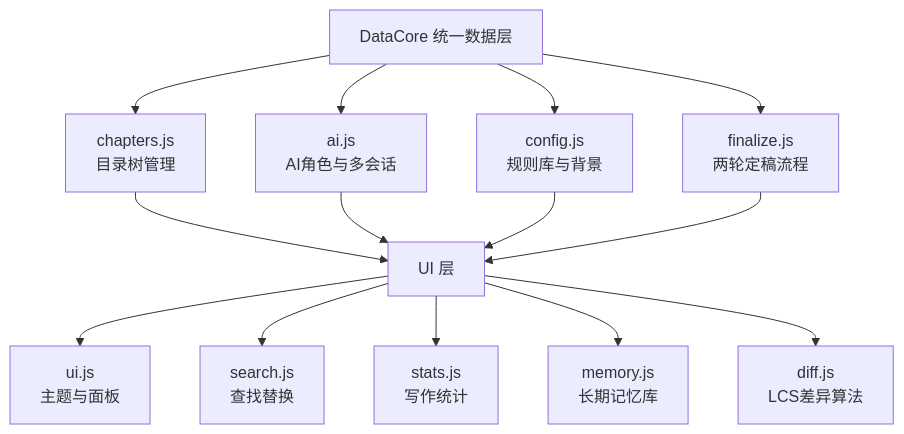
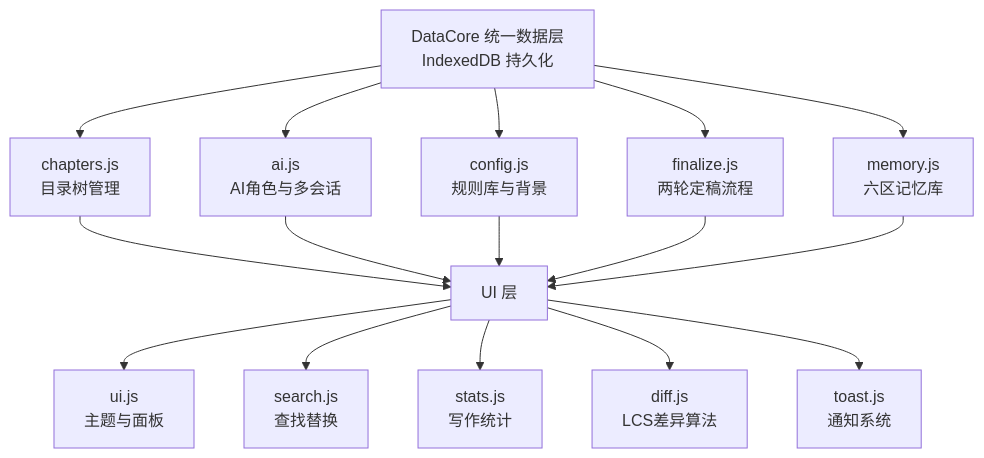
The diagram in README.md (yezi-04/luobi), drawn with Mermaid before and after one commit. The commit also changed other lines of this file, not shown here.

````diff
--- a/README.md
+++ b/README.md
@@ -29,20 +29,22 @@
 ```mermaid
 graph TD
-    DataCore[DataCore 统一数据层]
+    DataCore[DataCore 统一数据层<br/>IndexedDB 持久化]
 
     DataCore --> chapters[chapters.js<br/>目录树管理]
     DataCore --> ai[ai.js<br/>AI角色与多会话]
     DataCore --> config[config.js<br/>规则库与背景]
     DataCore --> finalize[finalize.js<br/>两轮定稿流程]
+    DataCore --> memory[memory.js<br/>六区记忆库]
 
     chapters --> UI[UI 层]
     ai --> UI
     config --> UI
     finalize --> UI
+    memory --> UI
 
     UI --> theme[ui.js<br/>主题与面板]
     UI --> search[search.js<br/>查找替换]
     UI --> stats[stats.js<br/>写作统计]
-    UI --> memory[memory.js<br/>长期记忆库]
     UI --> diff[diff.js<br/>LCS差异算法]
+    UI --> toast[toast.js<br/>通知系统]
 ```
````
